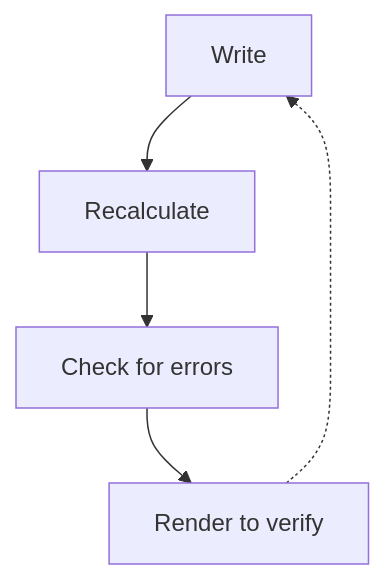
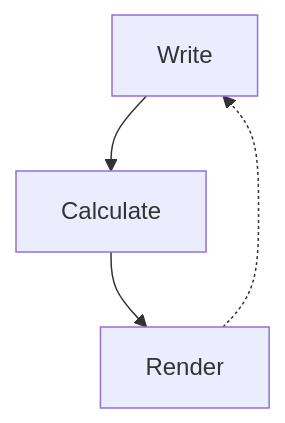
Before and after one commit to witanlabs/research-log: the diagram in talk.md, drawn with Mermaid. The commit also changed other lines of this file and 3 other files, not shown here.

````diff
--- a/talk.md
+++ b/talk.md
@@ -222,7 +183,6 @@
 ```mermaid
 graph TD
-    A[Write] --> B[Recalculate]
-    B --> C[Check for errors]
-    C --> D[Render to verify]
-    D -.-> A
+    A[Write] --> B[Calculate]
+    B --> C[Render]
+    C -.-> A
 ```
````
